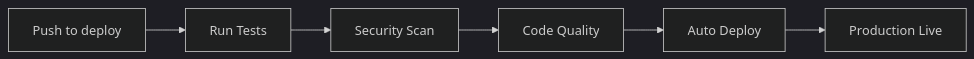
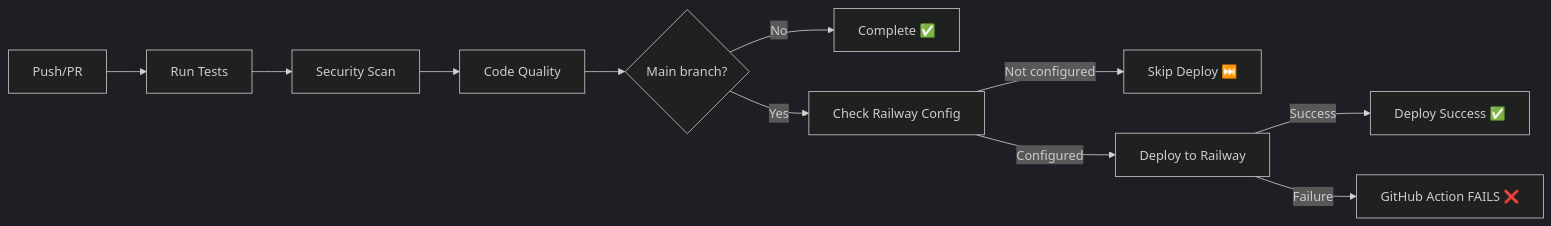
The diagram in GITHUB-SECRETS-SETUP.md (eatyourpeas/refract), drawn with Mermaid (dark theme) before and after one commit. The commit also changed other lines of this file and 2 other files, not shown here.

````diff
--- a/GITHUB-SECRETS-SETUP.md
+++ b/GITHUB-SECRETS-SETUP.md
@@ -48,8 +48,13 @@
 ```mermaid
 graph LR
-    A[Push to deploy] --> B[Run Tests]
-    B --> C[Security Scan]
+    A[Push/PR] --> B[Run Tests]
+    B --> C[Security Scan] 
     C --> D[Code Quality]
-    D --> E[Auto Deploy]
-    E --> F[Production Live]
+    D --> E{Main branch?}
+    E -->|No| F[Complete ✅]
+    E -->|Yes| G[Check Railway Config]
+    G -->|Not configured| H[Skip Deploy ⏭️]
+    G -->|Configured| I[Deploy to Railway]
+    I -->|Success| J[Deploy Success ✅]
+    I -->|Failure| K[GitHub Action FAILS ❌]
 ```
````
